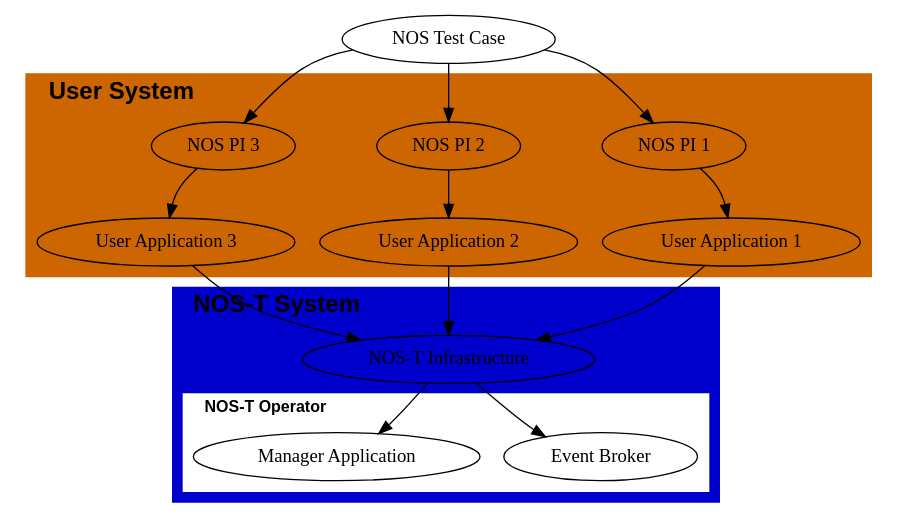
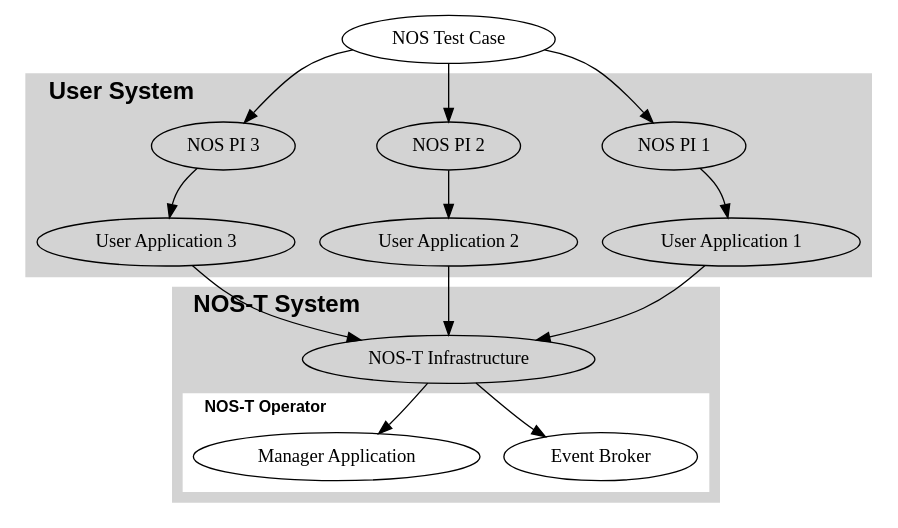
Before and after one commit to code-lab-org/nost-tools: the diagram in docs/source/index.rst, drawn with Graphviz.

Commit message:
change colors

```diff
--- a/docs/source/index.rst
+++ b/docs/source/index.rst
@@ -40,56 +40,56 @@
 .. graphviz::
    :name: nos_t_concept
    :caption: NOS-T Graphical Concept: Visual representation of the testbed architecture and operational flow
    :align: center
 
    digraph {
       splines=curved;
       overlap=false;
 
       "NOS Test Case" -> "NOS PI 1";
       "NOS Test Case" -> "NOS PI 2";
       "NOS Test Case" -> "NOS PI 3";
       
       subgraph cluster0 {
          style=filled;
-         color=darkorange3;
+         color=lightgrey;
          label="User System";
          labeljust="l";
          fontsize=18;
          fontname="Helvetica-Bold";
          
          "NOS PI 1" -> "User Application 1";
          "NOS PI 2" -> "User Application 2";
          "NOS PI 3" -> "User Application 3";
          
       }
       
       subgraph cluster1 {
          style=filled;
-         color=blue3;
+         color=lightgrey;
          label="NOS-T System";
          labeljust="l";
          fontsize=18;
          fontname="Helvetica-Bold";
          
          "NOS-T Infrastructure" -> "Event Broker";
          "NOS-T Infrastructure" -> "Manager Application";
          
          subgraph cluster2 {
                style=filled;
                color=white;
                labelloc="t";
                fontsize=12;
                label="NOS-T Operator";
                
                "Event Broker";
                "Manager Application";
                
          }
          
       }
       "User Application 1" -> "NOS-T Infrastructure";
       "User Application 2" -> "NOS-T Infrastructure";
       "User Application 3" -> "NOS-T Infrastructure";
       
    }
```
